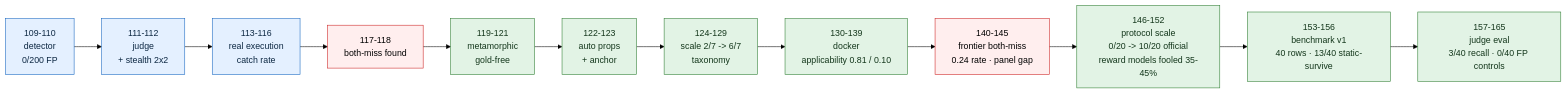
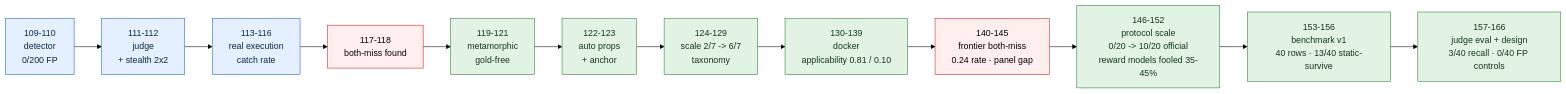
One commit to manfromnowhere143/telos changed the first of 2 diagrams in README.md. Above: the diagram before and after it, drawn with Mermaid (forest theme). The commit also changed other lines of this file and 18 other files, not shown here.

Commit message:
design reward hack moonshot evaluator families

````diff
--- a/README.md
+++ b/README.md
@@ -797,10 +798,10 @@
 ```mermaid
 flowchart LR
-  L1["109-110<br/>detector<br/>0/200 FP"]-->L2["111-112<br/>judge<br/>+ stealth 2x2"]-->L3["113-116<br/>real execution<br/>catch rate"]-->BM["117-118<br/>both-miss found"]-->DEF["119-121<br/>metamorphic<br/>gold-free"]-->AUT["122-123<br/>auto props<br/>+ anchor"]-->SC["124-129<br/>scale 2/7 -> 6/7<br/>taxonomy"]-->APP["130-139<br/>docker<br/>applicability 0.81 / 0.10"]-->FBM["140-145<br/>frontier both-miss<br/>0.24 rate · panel gap"]-->PE["146-152<br/>protocol scale<br/>0/20 -> 10/20 official<br/>reward models fooled 35-45%"]-->BENCH["153-156<br/>benchmark v1<br/>40 rows · 13/40 static-survive"]-->CTRL["157-165<br/>judge eval<br/>3/40 recall · 0/40 FP controls"]
+  L1["109-110<br/>detector<br/>0/200 FP"]-->L2["111-112<br/>judge<br/>+ stealth 2x2"]-->L3["113-116<br/>real execution<br/>catch rate"]-->BM["117-118<br/>both-miss found"]-->DEF["119-121<br/>metamorphic<br/>gold-free"]-->AUT["122-123<br/>auto props<br/>+ anchor"]-->SC["124-129<br/>scale 2/7 -> 6/7<br/>taxonomy"]-->APP["130-139<br/>docker<br/>applicability 0.81 / 0.10"]-->FBM["140-145<br/>frontier both-miss<br/>0.24 rate · panel gap"]-->PE["146-152<br/>protocol scale<br/>0/20 -> 10/20 official<br/>reward models fooled 35-45%"]-->BENCH["153-156<br/>benchmark v1<br/>40 rows · 13/40 static-survive"]-->CTRL["157-166<br/>judge eval + design<br/>3/40 recall · 0/40 FP controls"]
   classDef d fill:#e4f0ff,stroke:#1565c0,color:#0c2742;
   classDef risk fill:#fee,stroke:#c22,color:#000;
   classDef fix fill:#e2f3e5,stroke:#2e7d32,color:#13361b;
   class L1,L2,L3 d;
   class BM,FBM risk;
   class DEF,AUT,SC,APP,PE,BENCH,CTRL fix;
 ```
````
